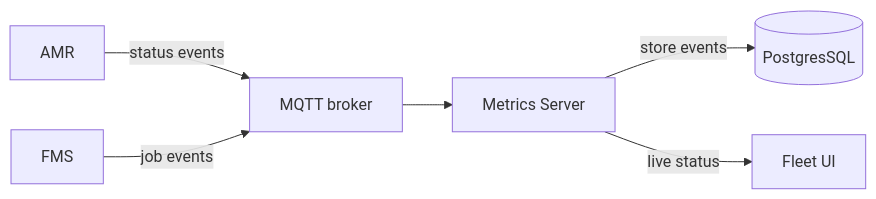
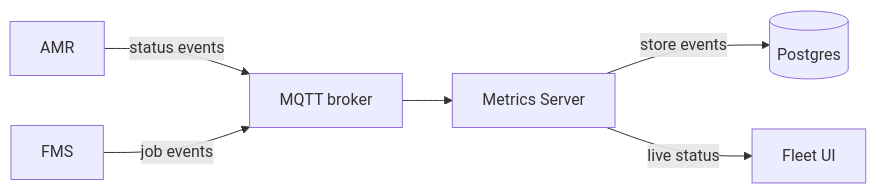
Before and after one commit to hamkuu/robot-fleet-system: the diagram in architecture.md, drawn with Mermaid.

Commit message:
add Database justification

````diff
--- a/architecture.md
+++ b/architecture.md
@@ -21,8 +21,8 @@
 ```mermaid
 flowchart LR
   AMR -->|status events| Broker[MQTT broker]
   Fleet[FMS] -->|job events| Broker
   Broker --> Metrics[Metrics Server]
-  Metrics -->|store events| DB[(PostgresSQL)]
+  Metrics -->|store events| DB[(Postgres)]
   Metrics -->|live status| UI[Fleet UI]
 ```
````
